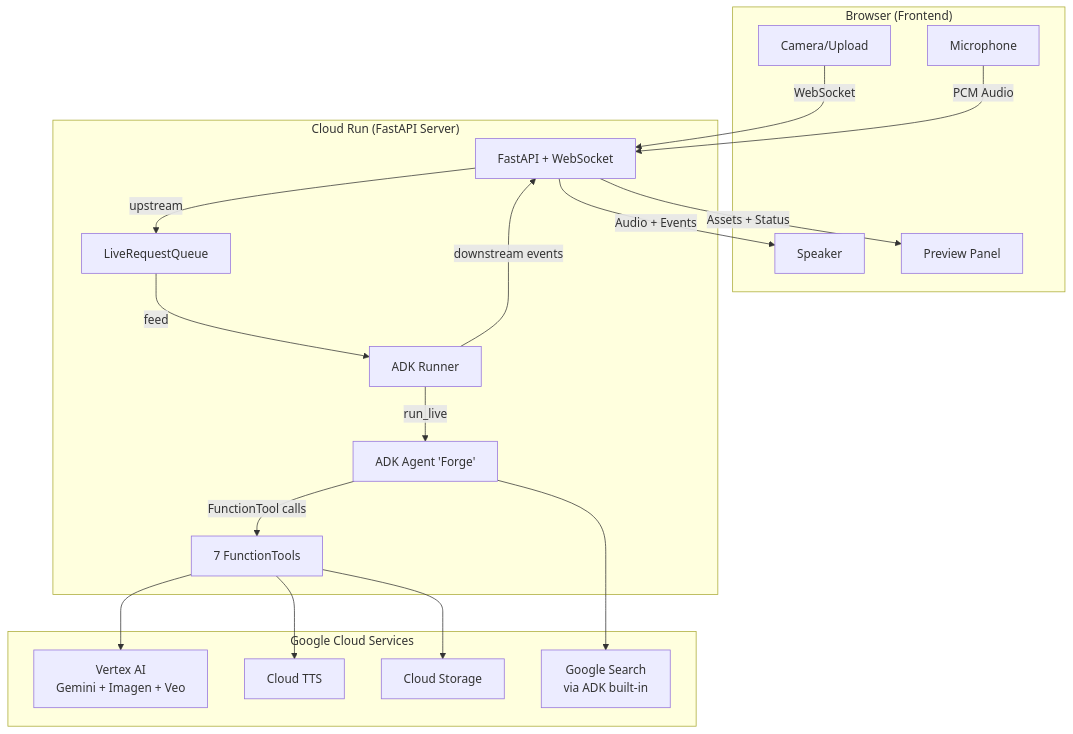
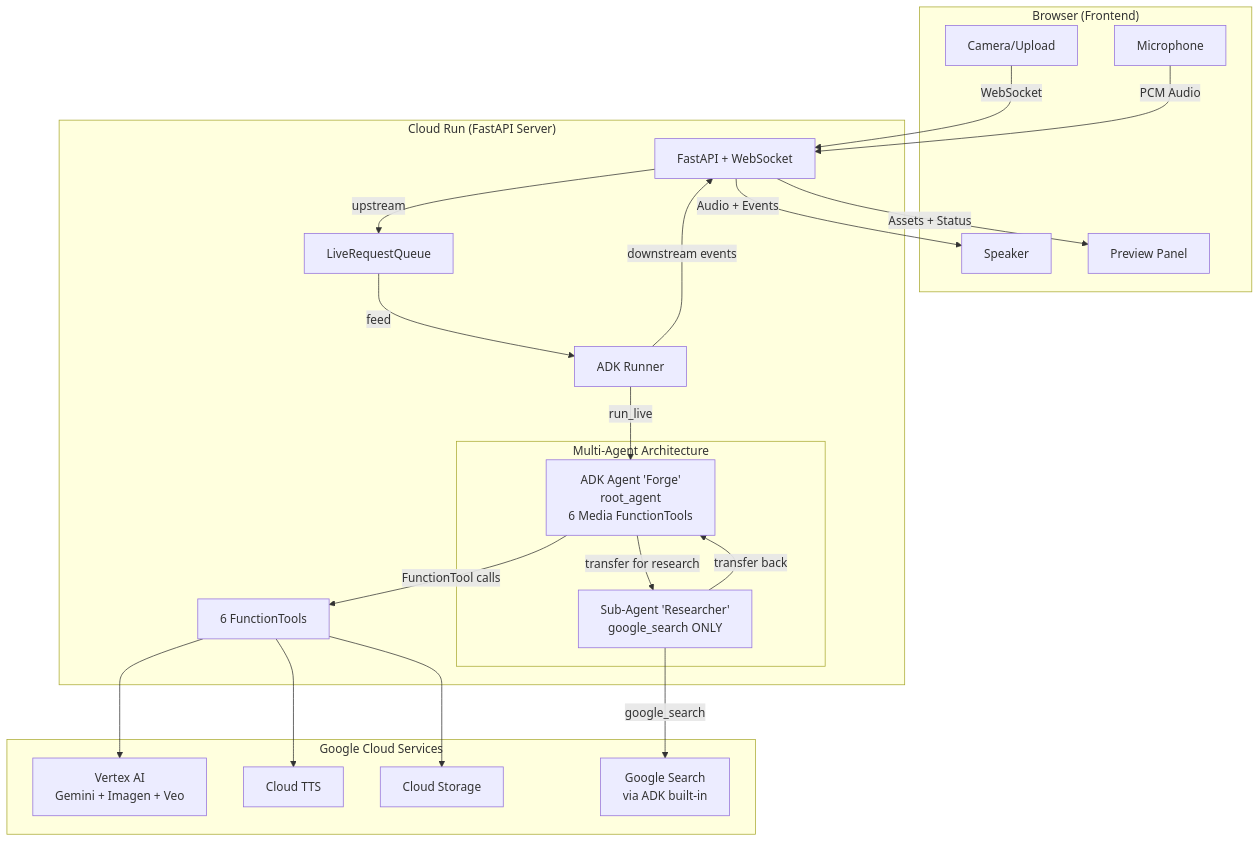
One commit to vigneshbarani24/resolve-vigil changed the first of 4 diagrams in docs/design.md. Above: the diagram before and after it, drawn with Mermaid. The commit also changed other lines of this file and 5 other files, not shown here.

````diff
--- a/docs/design.md
+++ b/docs/design.md
@@ -9,38 +9,45 @@
 ```mermaid
 graph TB
     subgraph Browser["Browser (Frontend)"]
         CAM[Camera/Upload]
         MIC[Microphone]
         SPK[Speaker]
         UI[Preview Panel]
     end
 
     subgraph CloudRun["Cloud Run (FastAPI Server)"]
         FASTAPI[FastAPI + WebSocket]
         RUNNER[ADK Runner]
-        AGENT[ADK Agent 'Forge']
         LRQ[LiveRequestQueue]
-        TOOLS[7 FunctionTools]
+
+        subgraph Agents["Multi-Agent Architecture"]
+            FORGE[ADK Agent 'Forge'<br/>root_agent<br/>6 Media FunctionTools]
+            RESEARCHER[Sub-Agent 'Researcher'<br/>google_search ONLY]
+        end
+
+        TOOLS[6 FunctionTools]
     end
 
     subgraph GCP["Google Cloud Services"]
         VERTEX[Vertex AI<br/>Gemini + Imagen + Veo]
         TTS[Cloud TTS]
         GCS[Cloud Storage]
         SEARCH[Google Search<br/>via ADK built-in]
     end
 
     CAM -->|WebSocket| FASTAPI
     MIC -->|PCM Audio| FASTAPI
     FASTAPI -->|upstream| LRQ
     LRQ -->|feed| RUNNER
-    RUNNER -->|run_live| AGENT
-    AGENT -->|FunctionTool calls| TOOLS
+    RUNNER -->|run_live| FORGE
+    FORGE -->|transfer for research| RESEARCHER
+    RESEARCHER -->|google_search| SEARCH
+    RESEARCHER -->|transfer back| FORGE
+    FORGE -->|FunctionTool calls| TOOLS
     TOOLS --> VERTEX
     TOOLS --> TTS
     TOOLS --> GCS
-    AGENT --> SEARCH
     RUNNER -->|downstream events| FASTAPI
     FASTAPI -->|Audio + Events| SPK
     FASTAPI -->|Assets + Status| UI
 ```
````
